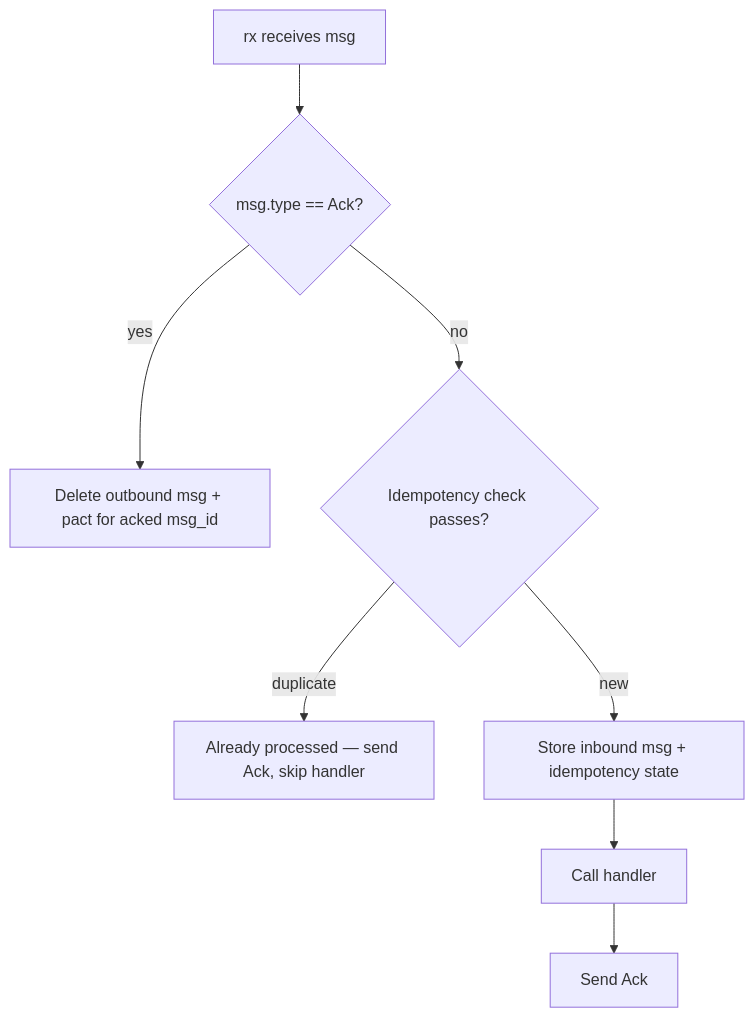
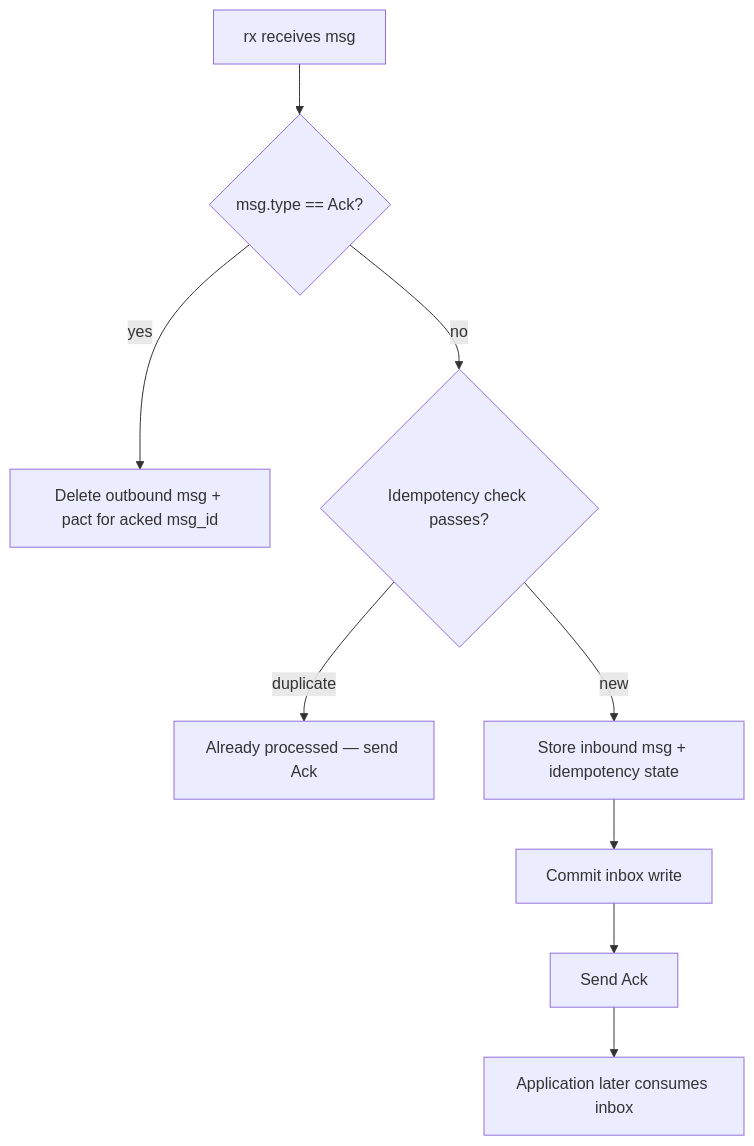
The fourth of 5 diagrams in doc/ARCH.md (jkassis/msg-bebop), drawn with Mermaid before and after one commit. The commit also changed other lines of this file and 5 other files, not shown here.

````diff
--- a/doc/ARCH.md
+++ b/doc/ARCH.md
@@ -169,10 +441,11 @@
 ```mermaid
 flowchart TD
     A[rx receives msg] --> B{msg.type == Ack?}
     B -->|yes| C[Delete outbound msg + pact for acked msg_id]
     B -->|no| D{Idempotency check passes?}
-    D -->|duplicate| E[Already processed — send Ack, skip handler]
+    D -->|duplicate| E[Already processed — send Ack]
     D -->|new| F[Store inbound msg + idempotency state]
-    F --> G[Call handler]
+    F --> G[Commit inbox write]
     G --> H[Send Ack]
+    H --> I[Application later consumes inbox]
 ```
````
